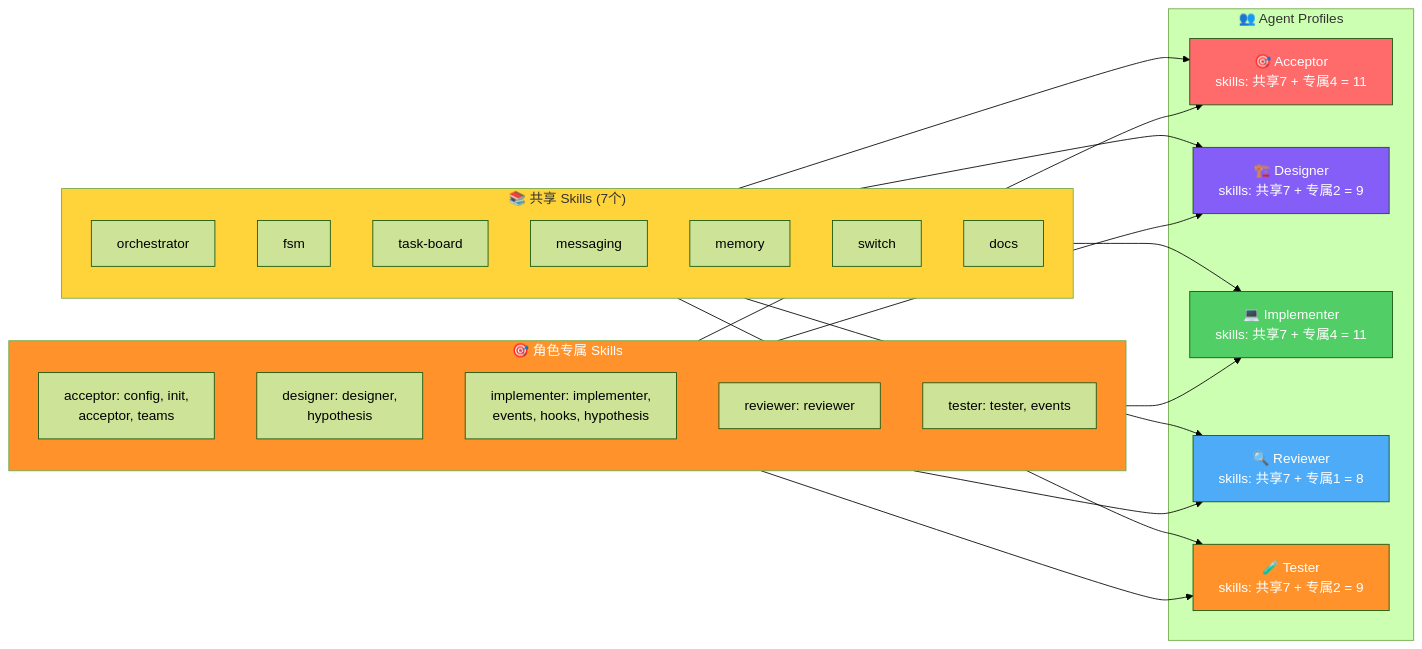
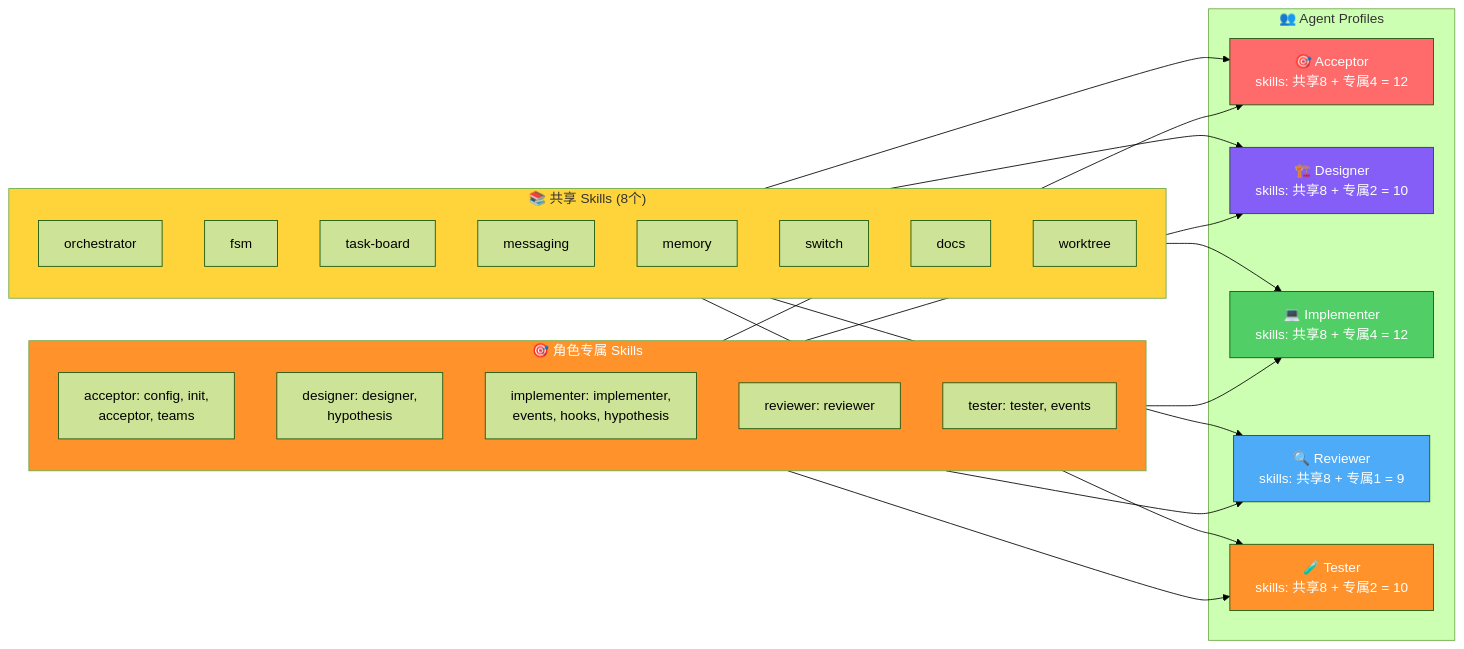
The third of 5 diagrams in docs/skills-mechanism.md (cintia09/CodeNook), drawn with Mermaid (forest theme) before and after one commit. The commit also changed other lines of this file and 13 other files, not shown here.

````diff
--- a/docs/skills-mechanism.md
+++ b/docs/skills-mechanism.md
@@ -78,44 +78,45 @@
 ```mermaid
 flowchart LR
-    subgraph Shared["📚 共享 Skills (7个)"]
+    subgraph Shared["📚 共享 Skills (8个)"]
         SK1["orchestrator"]
         SK2["fsm"]
         SK3["task-board"]
         SK4["messaging"]
         SK5["memory"]
         SK6["switch"]
         SK7["docs"]
+        SK8["worktree"]
     end
 
     subgraph RoleSkills["🎯 角色专属 Skills"]
         direction TB
         RS1["acceptor: config, init,<br/>acceptor, teams"]
         RS2["designer: designer,<br/>hypothesis"]
         RS3["implementer: implementer,<br/>events, hooks, hypothesis"]
         RS4["reviewer: reviewer"]
         RS5["tester: tester, events"]
     end
 
     subgraph Agents["👥 Agent Profiles"]
-        A1["🎯 Acceptor<br/>skills: 共享7 + 专属4 = 11"]
-        A2["🏗️ Designer<br/>skills: 共享7 + 专属2 = 9"]
-        A3["💻 Implementer<br/>skills: 共享7 + 专属4 = 11"]
-        A4["🔍 Reviewer<br/>skills: 共享7 + 专属1 = 8"]
-        A5["🧪 Tester<br/>skills: 共享7 + 专属2 = 9"]
+        A1["🎯 Acceptor<br/>skills: 共享8 + 专属4 = 12"]
+        A2["🏗️ Designer<br/>skills: 共享8 + 专属2 = 10"]
+        A3["💻 Implementer<br/>skills: 共享8 + 专属4 = 12"]
+        A4["🔍 Reviewer<br/>skills: 共享8 + 专属1 = 9"]
+        A5["🧪 Tester<br/>skills: 共享8 + 专属2 = 10"]
     end
 
     Shared --> A1 & A2 & A3 & A4 & A5
     RS1 --> A1
     RS2 --> A2
     RS3 --> A3
     RS4 --> A4
     RS5 --> A5
 
     style Shared fill:#ffd43b,color:#333
     style RoleSkills fill:#ff922b,color:#fff
     style A1 fill:#ff6b6b,color:#fff
     style A2 fill:#845ef7,color:#fff
     style A3 fill:#51cf66,color:#fff
     style A4 fill:#4dabf7,color:#fff
     style A5 fill:#ff922b,color:#fff
 ```
````
